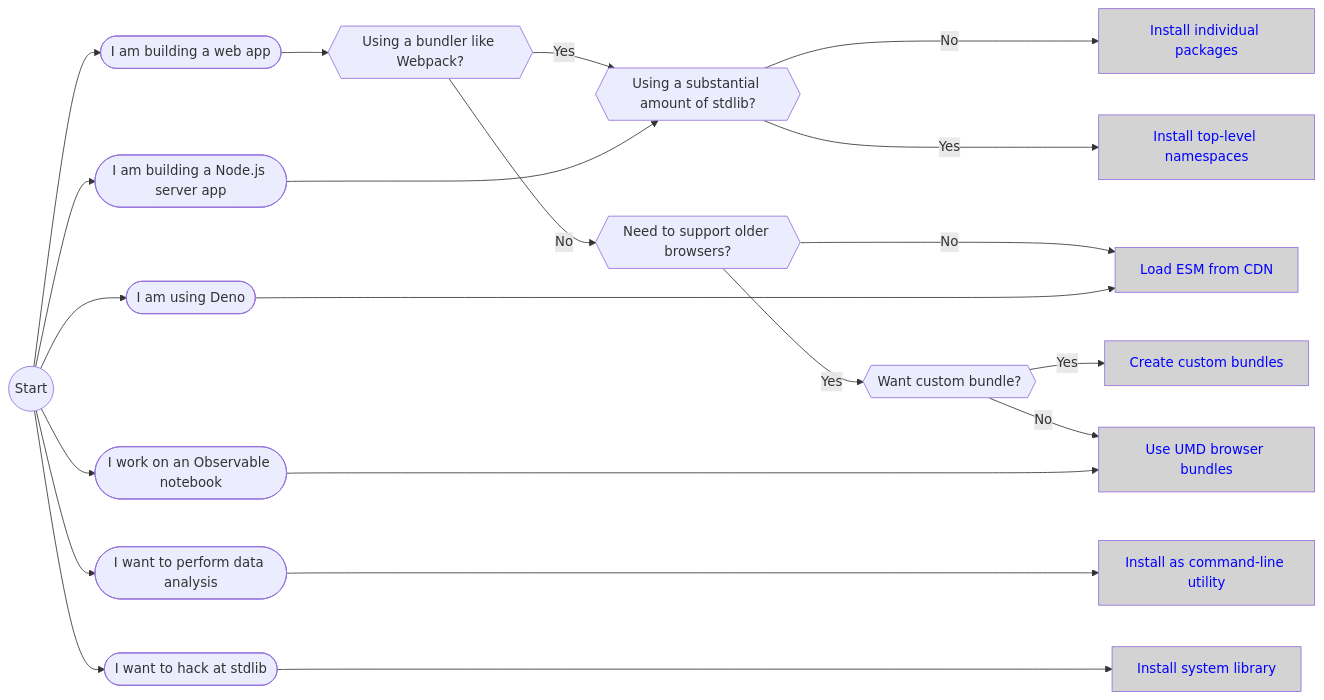
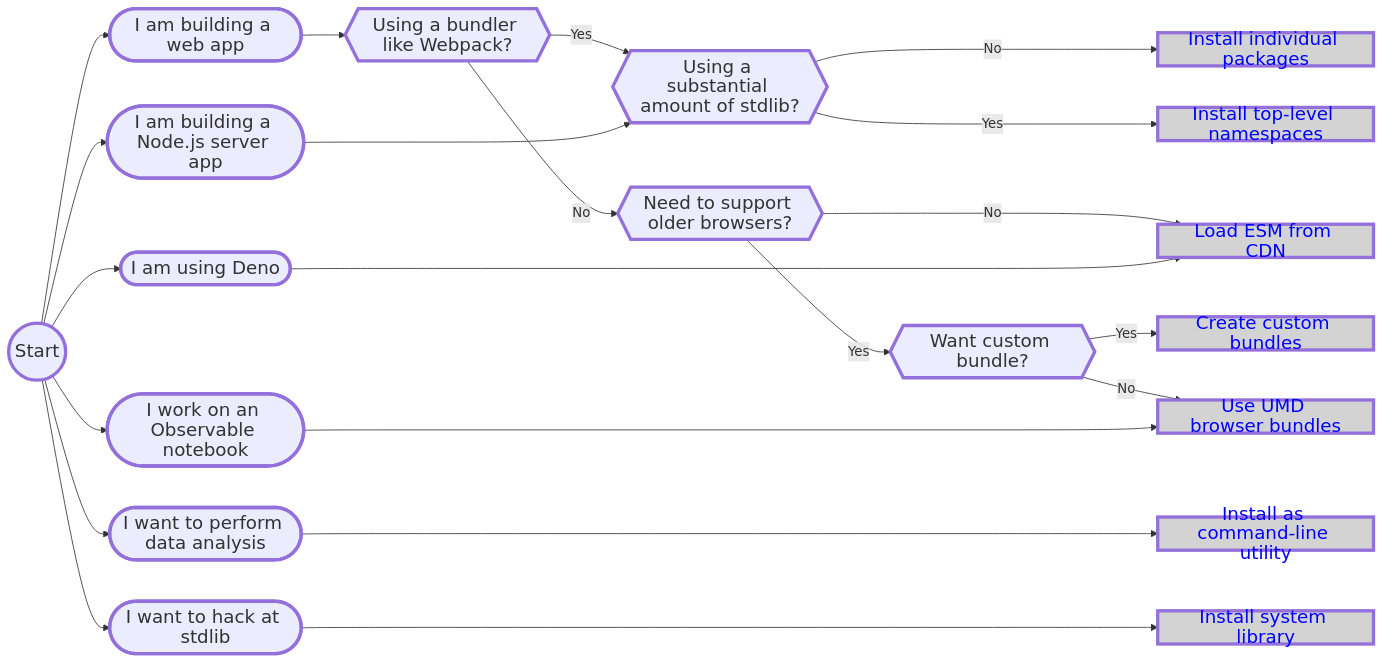
Before and after one commit to stdlib-js/stdlib: the diagram in README.md, drawn with Mermaid.

````diff
--- a/README.md
+++ b/README.md
@@ -191,50 +191,51 @@
 ```mermaid
-%%{init: { 'logLevel': 'debug', 'theme': 'dark', 'themeVariables': { 'fontSize': '32px' }, securityLevel:'loose', 'flowchart': { 'nodeSpacing': 30, 'rankSpacing': 10, 'useMaxWidth': true, 'defaultRenderer': 'dagre-d3', 'padding': 5, 'diagramPadding': 0, 'htmlLabels': true, 'curve': 'linear' } } }%%
+%%{init: { 'logLevel': 'debug', 'theme': 'dark', 'themeVariables': {}, securityLevel:'loose', 'flowchart': { 'nodeSpacing': 5, 'rankSpacing': 5, 'useMaxWidth': true, 'diagramPadding': 20, 'htmlLabels': true, 'curve': 'linear', fontSize: '32px' } } }%%
 graph LR
     Z((Start))
 
     A([I want to perform data analysis])
     B([I am building a web app])
     B1{{Using a bundler like Webpack?}}
     B2{{Need to support older browsers?}}
     B3{{Want custom bundle?}}
     C([I am building a Node.js server app])
     C1{{Using a substantial amount of stdlib?}}
     D([I am using Deno])
     E([I work on an Observable notebook])
     F([I want to hack at stdlib])
 
     G[Install as command-line utility]
     H[Install individual packages]
     I[Create custom bundles]
     J[Use UMD browser bundles]
     K[Install system library]
     L[Install top-level namespaces]
     M[Load ESM from CDN]
 
     Z --> B --> B1
     B1 -- Yes --> C1
     B1 -- No --> B2
     B2 -- No --> M
     B2 -- Yes --> B3
     B3 -- Yes --> I:::a
     B3 -- No --> J:::a
 
     Z --> C ---> C1
     C1 -- No ---> H:::a
     C1 -- Yes ---> L:::a
 
     Z --> D -----> M:::a
     Z --> A -----> G:::a
     Z --> F -----> K:::a
     Z --> E -----> J:::a
 
     click G href "https://github.com/stdlib-js/stdlib/tree/user-stories-diagram#command-line-utility" "Jump to section"
     click H href "https://github.com/stdlib-js/stdlib/tree/user-stories-diagram#individual-packages" "Jump to section"
     click I href "https://github.com/stdlib-js/stdlib/tree/user-stories-diagram#custom-bundles" "Jump to section"
     click J href "https://github.com/stdlib-js/stdlib/tree/user-stories-diagram#browser-bundles" "Jump to section"
     click L href "https://github.com/stdlib-js/stdlib/tree/user-stories-diagram#namespaces" "Jump to section"
     click K href "https://github.com/stdlib-js/stdlib/tree/user-stories-diagram#system-library" "Jump to section"
     
     classDef a color:blue,fill:lightgray
+    classDef node font-size:22px,height:40px,text-align:center,line-height:24px,y:-20px,stroke-width:4px
  ```
````
